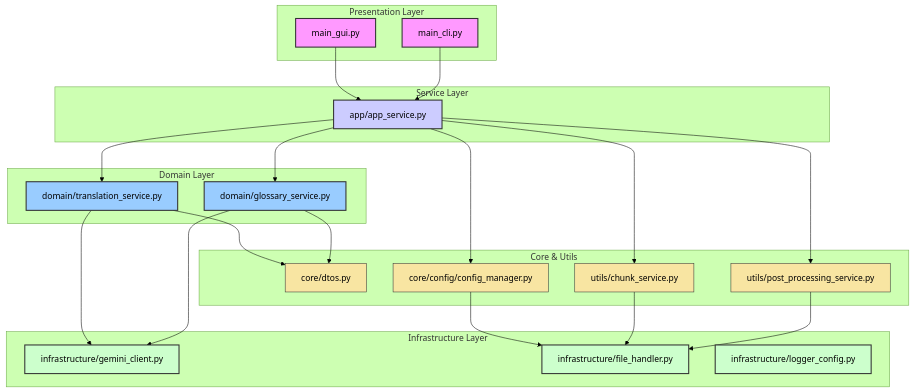
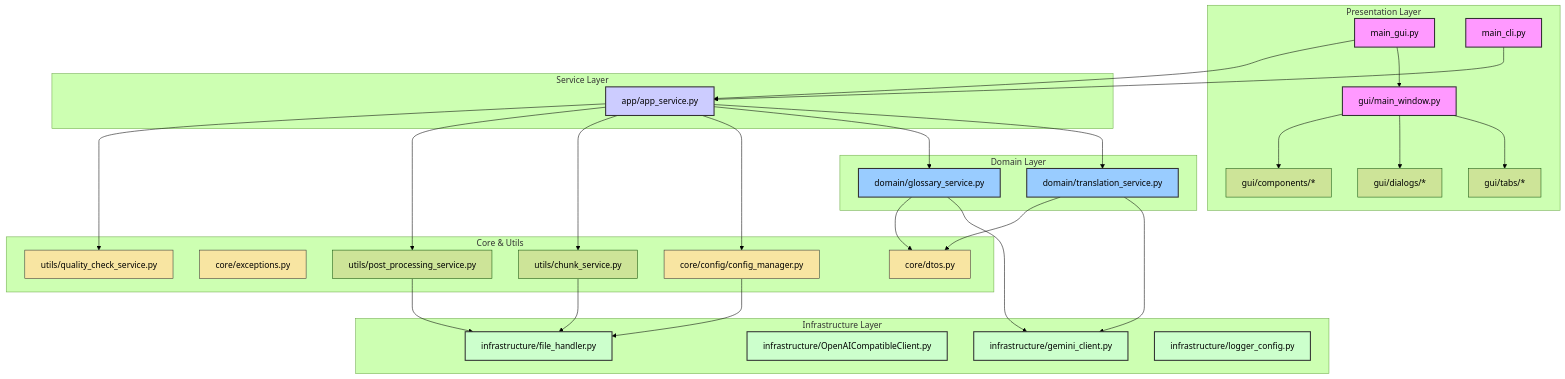
Before and after one commit to Gotti0/batch_translator_with_gemini_ko: the diagram in README.md, drawn with Mermaid (forest theme). The commit also changed other lines of this file, not shown here.

````diff
--- a/README.md
+++ b/README.md
@@ -32,57 +50,71 @@
 ```mermaid
 graph TD
     subgraph Presentation Layer
         A[main_gui.py]
         B[main_cli.py]
+        C[gui/main_window.py]
+        D[gui/tabs/*]
+        E[gui/dialogs/*]
+        F[gui/components/*]
     end
 
     subgraph Service Layer
-        C[app/app_service.py]
+        G[app/app_service.py]
     end
 
     subgraph Domain Layer
-        D[domain/translation_service.py]
-        E[domain/glossary_service.py]
+        H[domain/translation_service.py]
+        I[domain/glossary_service.py]
     end
 
     subgraph Core & Utils
-        F[core/dtos.py]
-        G[core/config/config_manager.py]
-        H[utils/chunk_service.py]
-        I[utils/post_processing_service.py]
+        J[core/dtos.py]
+        K[core/exceptions.py]
+        L[core/config/config_manager.py]
+        M[utils/chunk_service.py]
+        N[utils/post_processing_service.py]
+        O[utils/quality_check_service.py]
     end
 
     subgraph Infrastructure Layer
-        J[infrastructure/gemini_client.py]
-        K[infrastructure/file_handler.py]
-        L[infrastructure/logger_config.py]
+        P[infrastructure/gemini_client.py]
+        Q[infrastructure/OpenAICompatibleClient.py]
+        R[infrastructure/file_handler.py]
+        S[infrastructure/logger_config.py]
     end
 
     A --> C
-    B --> C
     C --> D
     C --> E
-    C --> G
-    C --> H
-    C --> I
-    D --> J
-    E --> J
-    D --> F
-    E --> F
-    G --> K
-    H --> K
-    I --> K
+    C --> F
+    A --> G
+    B --> G
+    G --> H
+    G --> I
+    G --> L
+    G --> M
+    G --> N
+    G --> O
+    H --> P
+    I --> P
+    H --> J
+    I --> J
+    L --> R
+    M --> R
+    N --> R
 
     style A fill:#f9f,stroke:#333,stroke-width:2px
     style B fill:#f9f,stroke:#333,stroke-width:2px
-    style C fill:#ccf,stroke:#333,stroke-width:2px
-    style D fill:#9cf,stroke:#333,stroke-width:2px
-    style E fill:#9cf,stroke:#333,stroke-width:2px
-    style F fill:#f8e5a2,stroke:#333,stroke-width:1px
-    style G fill:#f8e5a2,stroke:#333,stroke-width:1px
-    style H fill:#f8e5a2,stroke:#333,stroke-width:1px
-    style I fill:#f8e5a2,stroke:#333,stroke-width:1px
-    style J fill:#cfc,stroke:#333,stroke-width:2px
-    style K fill:#cfc,stroke:#333,stroke-width:2px
-    style L fill:#cfc,stroke:#333,stroke-width:2px
+    style C fill:#f9f,stroke:#333,stroke-width:2px
+    style G fill:#ccf,stroke:#333,stroke-width:2px
+    style H fill:#9cf,stroke:#333,stroke-width:2px
+    style I fill:#9cf,stroke:#333,stroke-width:2px
+    style J fill:#f8e5a2,stroke:#333,stroke-width:1px
+    style K fill:#f8e5a2,stroke:#333,stroke-width:1px
+    style L fill:#f8e5a2,stroke:#333,stroke-width:1px
+    style O fill:#f8e5a2,stroke:#333,stroke-width:1px
+    style P fill:#cfc,stroke:#333,stroke-width:2px
+    style Q fill:#cfc,stroke:#333,stroke-width:2px
+    style R fill:#cfc,stroke:#333,stroke-width:2px
+    style S fill:#cfc,stroke:#333,stroke-width:2px
 ```
````
